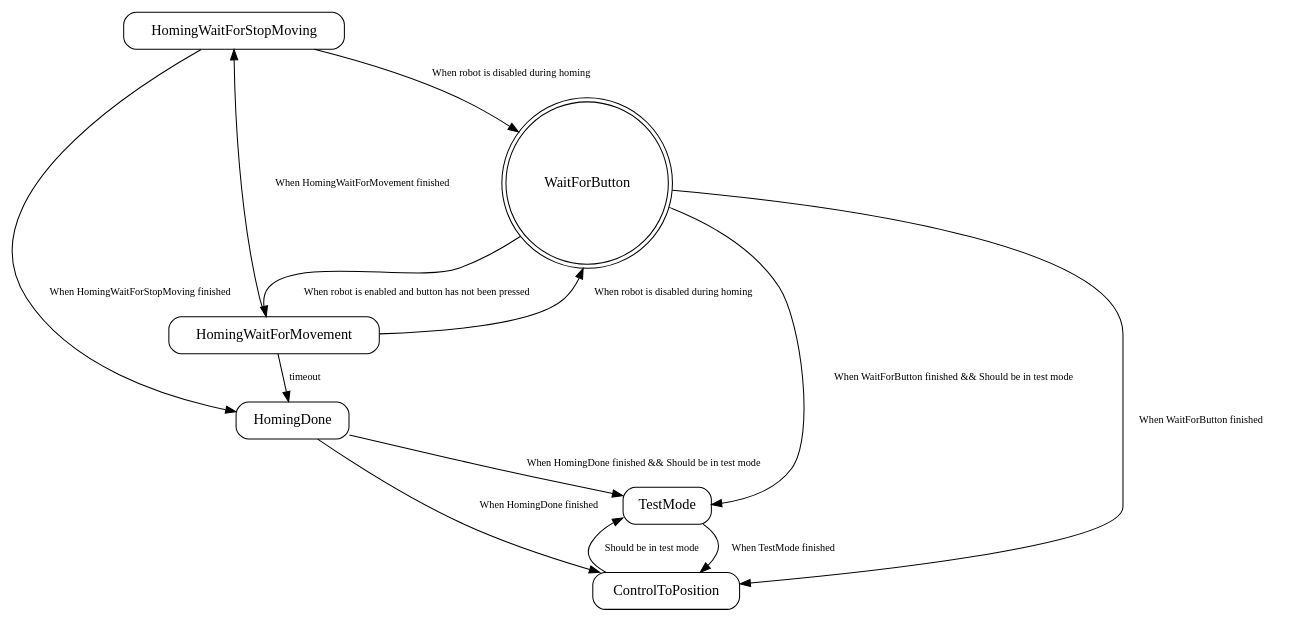
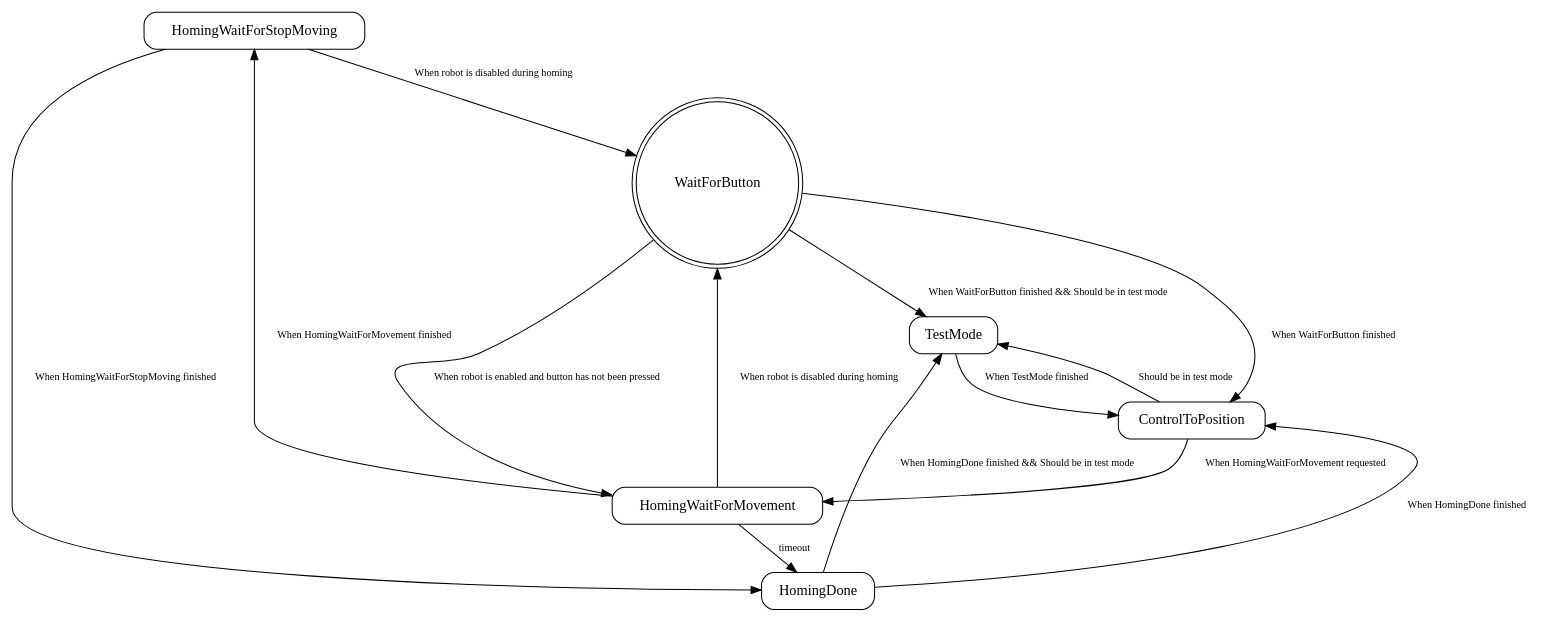
The diagram in state_machine_graphs/intake.dot (team401/2026-Robot-Code), drawn with Graphviz before and after one commit. The commit also changed 3 other files, not shown here.

Commit message:
Enhance error handling and logging in publish function; update Autos.json to include StowIntakeAction; format intake state machine graph for clarity.

```diff
--- a/state_machine_graphs/intake.dot
+++ b/state_machine_graphs/intake.dot
@@ -1,44 +1,45 @@
 digraph {
 
   // Graphviz Format settings
 
   node [
     shape=box,
     style=rounded
   ];
 
   edge [
     fontsize=10
   ];
 
 
   // States
 
   HomingWaitForStopMoving ;
   WaitForButton [shape=doublecircle];
   TestMode ;
   ControlToPosition ;
   HomingWaitForMovement ;
   HomingDone ;
 
   // Transitions
 
   HomingWaitForStopMoving -> WaitForButton [label="When robot is disabled during homing"];
   HomingWaitForStopMoving -> HomingDone [label="When HomingWaitForStopMoving finished"];
 
   WaitForButton -> TestMode [label="When WaitForButton finished && Should be in test mode"];
   WaitForButton -> ControlToPosition [label="When WaitForButton finished"];
   WaitForButton -> HomingWaitForMovement [label="When robot is enabled and button has not been pressed"];
 
   TestMode -> ControlToPosition [label="When TestMode finished"];
 
   ControlToPosition -> TestMode [label="Should be in test mode"];
+  ControlToPosition -> HomingWaitForMovement [label="When HomingWaitForMovement requested"];
 
   HomingWaitForMovement -> WaitForButton [label="When robot is disabled during homing"];
   HomingWaitForMovement -> HomingWaitForStopMoving [label="When HomingWaitForMovement finished"];
   HomingWaitForMovement -> HomingDone [label="timeout"];
 
   HomingDone -> TestMode [label="When HomingDone finished && Should be in test mode"];
   HomingDone -> ControlToPosition [label="When HomingDone finished"];
 
 }
```
